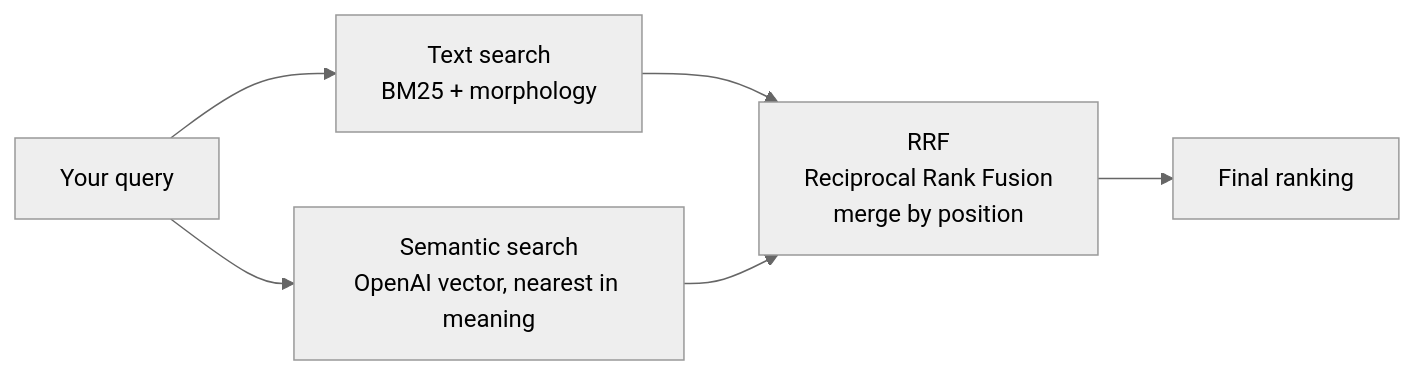
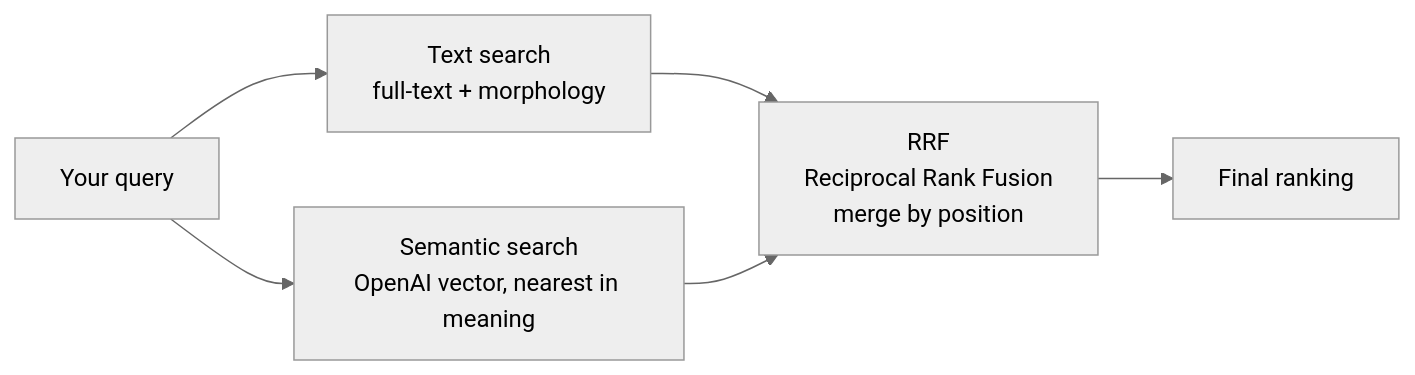
The first of 2 diagrams in docs/en/user/search.md (trip2g/trip2g), drawn with Mermaid (neutral theme) before and after one commit. The commit also changed other lines of this file and 1 other file, not shown here.

Commit message:
docs(search): the text index is not BM25

````diff
--- a/docs/en/user/search.md
+++ b/docs/en/user/search.md
@@ -15,8 +15,8 @@
 ```mermaid
 flowchart LR
-    Q[Your query] --> T[Text search<br/>BM25 + morphology]
+    Q[Your query] --> T[Text search<br/>full-text + morphology]
     Q --> S[Semantic search<br/>OpenAI vector, nearest in meaning]
     T --> R[RRF<br/>Reciprocal Rank Fusion<br/>merge by position]
     S --> R
     R --> F[Final ranking]
 ```
````
